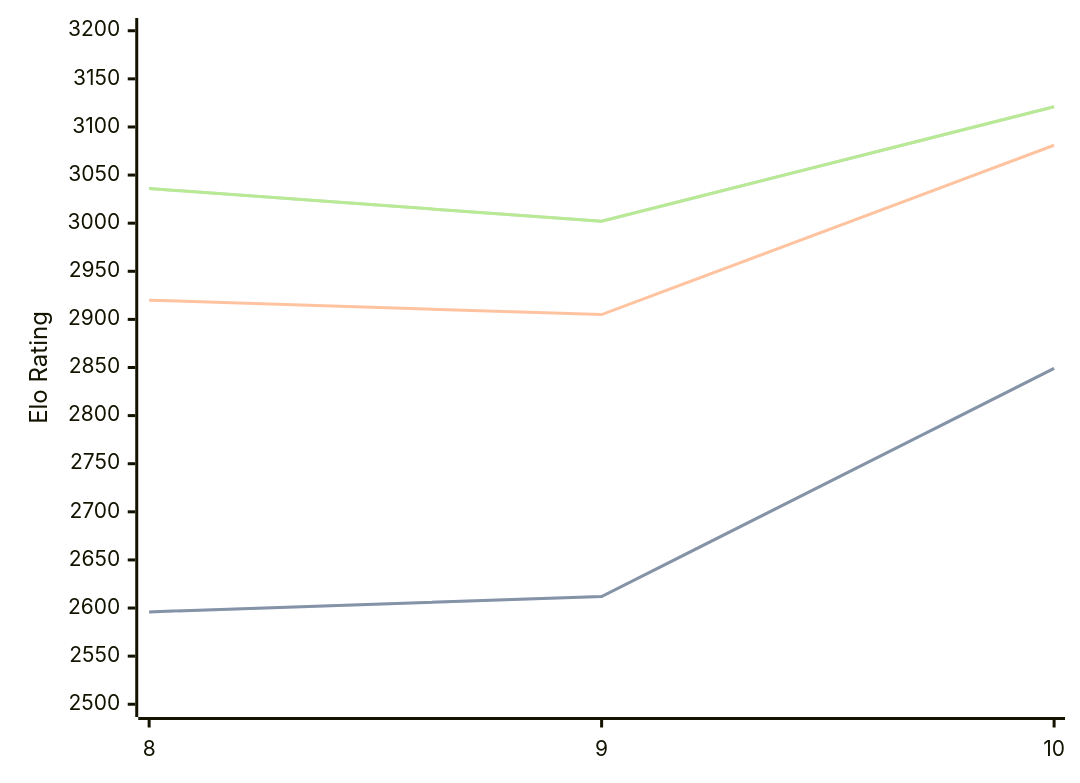
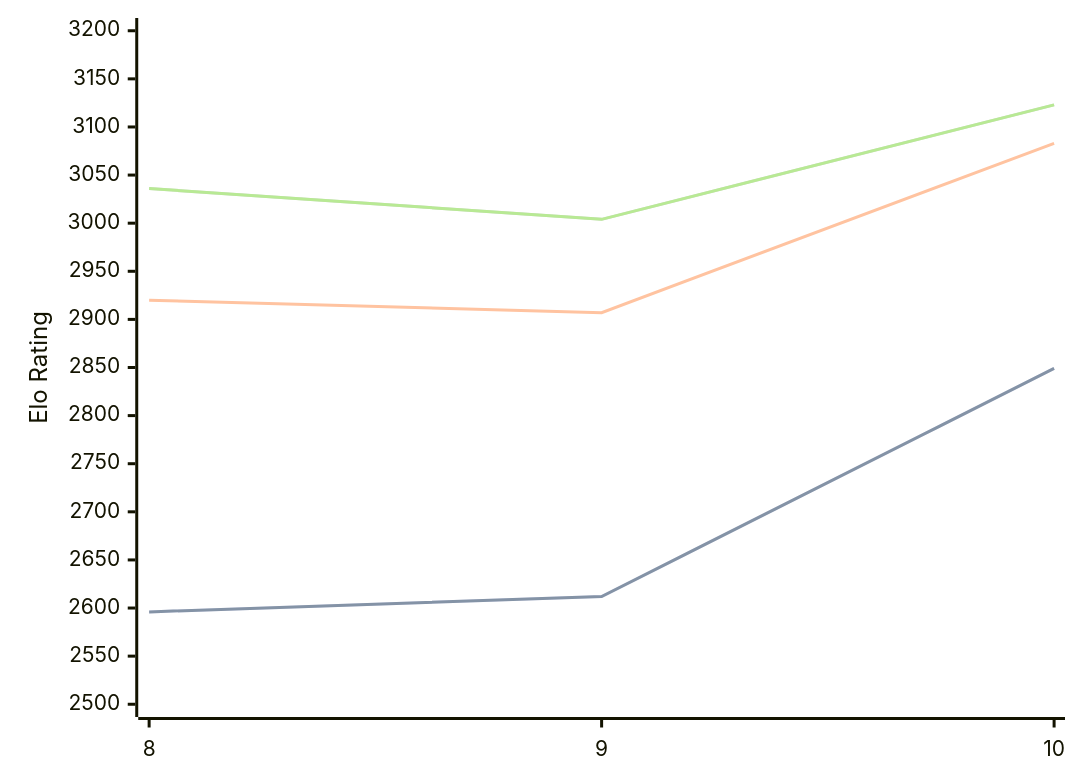
The diagram in engines/Lozza.md (computer-chess-index/cci), drawn with Mermaid before and after one commit. The commit also changed other lines of this file, not shown here.

Commit message:
Update CCI Ratings (ELO VLTC) - 2026-09-16

````diff
--- a/engines/Lozza.md
+++ b/engines/Lozza.md
@@ -33,11 +33,11 @@
 ```mermaid
 %%{init: {"theme":"base","themeVariables":{"seriesColors:['#a3a3a3','#222221','#faa371']}}}%%
 xychart-beta
   x-axis ["8", "9", "10"]
   y-axis "Elo Rating" 2500 --> 3200
   line "" [2596, 2612, 2849]
   line "STC (8.0+0.08s)" [2596, 2612, 2849]
-  line "LTC (60.0+0.60s)" [2920, 2905, 3081]
-  line "" [3036, 3002, 3121]
-  line "VLTC (2m24s+1.12s)" [3036, 3002, 3121]
+  line "LTC (60.0+0.60s)" [2920, 2907, 3083]
+  line "" [3036, 3004, 3123]
+  line "VLTC (2m24s+1.12s)" [3036, 3004, 3123]
 ```
````
